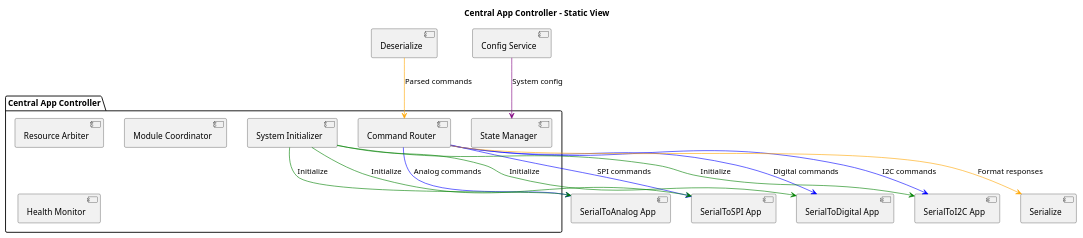
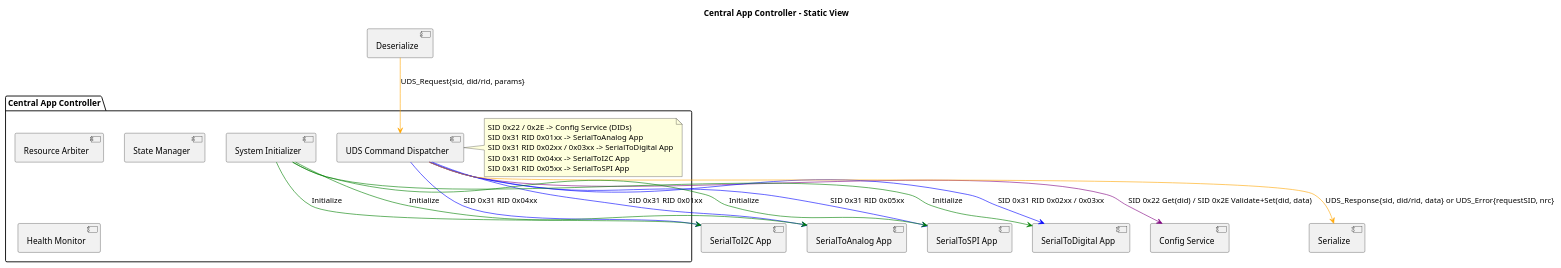
One commit to LinhTrucVo/Bico_Protocol_Bridge changed the diagram in 2_architecture/fucntionView/layer3Application/centralAppController/staticView.puml. Above: the diagram before and after it, drawn with PlantUML. The commit also changed 17 other files, not shown here.

```diff
--- a/2_architecture/fucntionView/layer3Application/centralAppController/staticView.puml
+++ b/2_architecture/fucntionView/layer3Application/centralAppController/staticView.puml
@@ -1,35 +1,40 @@
 @startuml
 
 title Central App Controller - Static View
 
 package "Central App Controller" {
     [System Initializer] as init
-    [Command Router] as router
+    [UDS Command Dispatcher] as dispatcher
+    note right of dispatcher
+        SID 0x22 / 0x2E  -> Config Service (DIDs)
+        SID 0x31 RID 0x01xx -> SerialToAnalog App
+        SID 0x31 RID 0x02xx / 0x03xx -> SerialToDigital App
+        SID 0x31 RID 0x04xx -> SerialToI2C App
+        SID 0x31 RID 0x05xx -> SerialToSPI App
+    end note
     [Resource Arbiter] as arbiter
-    [Module Coordinator] as coordinator
     [State Manager] as stateMgr
     [Health Monitor] as watchdog
 }
 
 [SerialToAnalog App] as analogApp
 [SerialToDigital App] as digitalApp
 [SerialToI2C App] as i2cApp
 [SerialToSPI App] as spiApp
-
 [Deserialize] as deserialize
 [Serialize] as serialize
 [Config Service] as configService
 
-deserialize -[#orange]-> router : Parsed commands
-router -[#blue]-> analogApp : Analog commands
-router -[#blue]-> digitalApp : Digital commands
-router -[#blue]-> i2cApp : I2C commands
-router -[#blue]-> spiApp : SPI commands
-router -[#orange]-> serialize : Format responses
+deserialize -[#orange]-> dispatcher : UDS_Request{sid, did/rid, params}
+dispatcher -[#purple]-> configService : SID 0x22 Get(did) / SID 0x2E Validate+Set(did, data)
+dispatcher -[#blue]-> analogApp : SID 0x31 RID 0x01xx
+dispatcher -[#blue]-> digitalApp : SID 0x31 RID 0x02xx / 0x03xx
+dispatcher -[#blue]-> i2cApp : SID 0x31 RID 0x04xx
+dispatcher -[#blue]-> spiApp : SID 0x31 RID 0x05xx
+dispatcher -[#orange]-> serialize : UDS_Response{sid, did/rid, data} or UDS_Error{requestSID, nrc}
 init -[#green]-> analogApp : Initialize
 init -[#green]-> digitalApp : Initialize
 init -[#green]-> i2cApp : Initialize
 init -[#green]-> spiApp : Initialize
-configService -[#purple]-> stateMgr : System config
 
 @enduml
```
